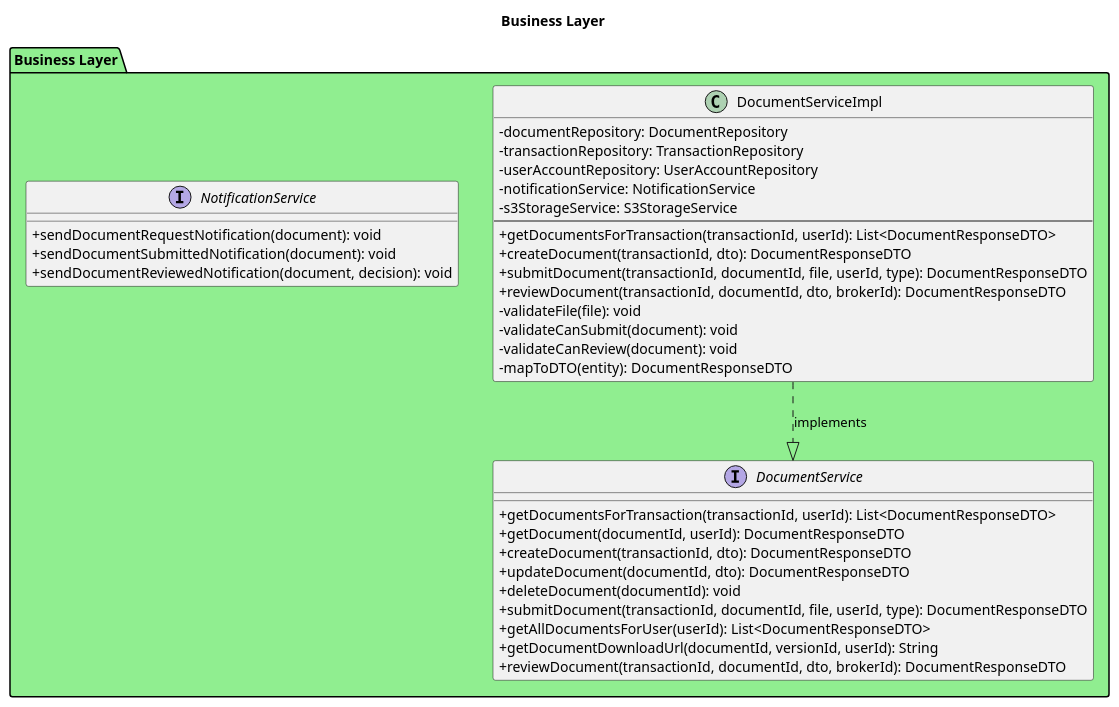
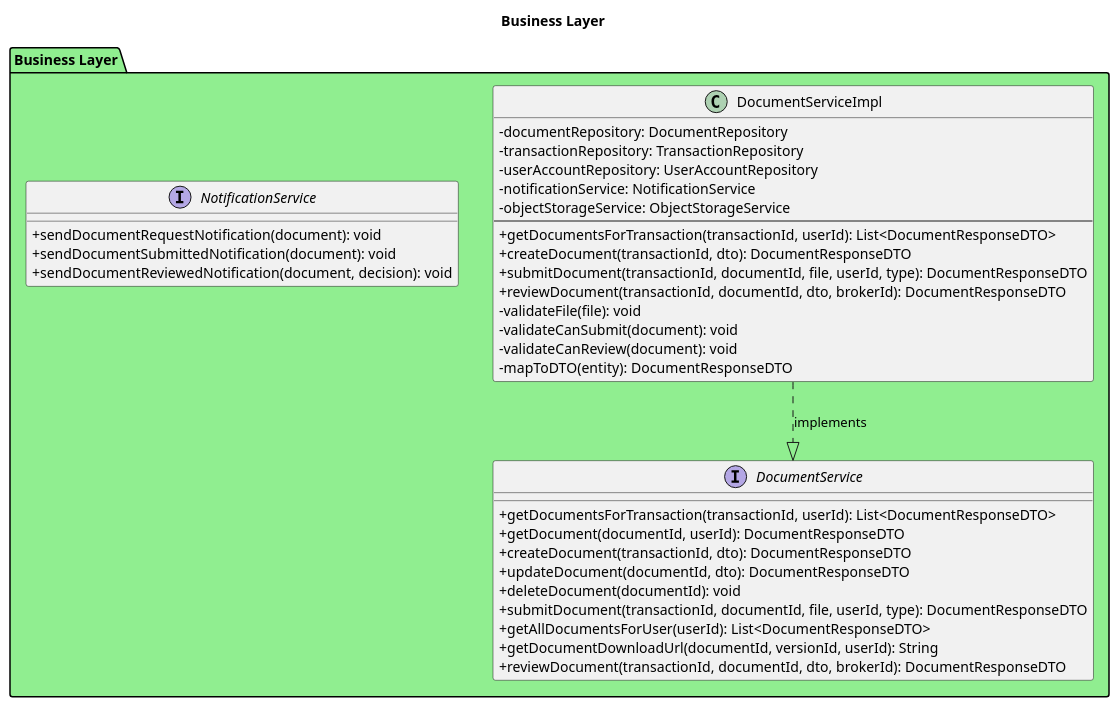
The diagram in docs/PersonalUseCase/Shawn/ManageTransactionDocuments/Artifacts/DesignLevelClassDiagramChunks/BusinessLayer.puml (CourtierPro/CourtierPro), drawn with PlantUML before and after one commit. The commit also changed 23 other files, not shown here.

Commit message:
Rename S3StorageService to ObjectStorageService

```diff
--- a/docs/PersonalUseCase/Shawn/ManageTransactionDocuments/Artifacts/DesignLevelClassDiagramChunks/BusinessLayer.puml
+++ b/docs/PersonalUseCase/Shawn/ManageTransactionDocuments/Artifacts/DesignLevelClassDiagramChunks/BusinessLayer.puml
@@ -1,46 +1,46 @@
     @startuml BusinessLayer
     skinparam classAttributeIconSize 0
 
     title Business Layer
 
     package "Business Layer" #LightGreen {
     interface DocumentService {
         + getDocumentsForTransaction(transactionId, userId): List<DocumentResponseDTO>
         + getDocument(documentId, userId): DocumentResponseDTO
         + createDocument(transactionId, dto): DocumentResponseDTO
         + updateDocument(documentId, dto): DocumentResponseDTO
         + deleteDocument(documentId): void
         + submitDocument(transactionId, documentId, file, userId, type): DocumentResponseDTO
         + getAllDocumentsForUser(userId): List<DocumentResponseDTO>
         + getDocumentDownloadUrl(documentId, versionId, userId): String
         + reviewDocument(transactionId, documentId, dto, brokerId): DocumentResponseDTO
     }
     
     class DocumentServiceImpl {
         - documentRepository: DocumentRepository
         - transactionRepository: TransactionRepository
         - userAccountRepository: UserAccountRepository
         - notificationService: NotificationService
-        - s3StorageService: S3StorageService
+        - objectStorageService: ObjectStorageService
         --
         + getDocumentsForTransaction(transactionId, userId): List<DocumentResponseDTO>
         + createDocument(transactionId, dto): DocumentResponseDTO
         + submitDocument(transactionId, documentId, file, userId, type): DocumentResponseDTO
         + reviewDocument(transactionId, documentId, dto, brokerId): DocumentResponseDTO
         - validateFile(file): void
         - validateCanSubmit(document): void
         - validateCanReview(document): void
         - mapToDTO(entity): DocumentResponseDTO
     }
     
     interface NotificationService {
         + sendDocumentRequestNotification(document): void
         + sendDocumentSubmittedNotification(document): void
         + sendDocumentReviewedNotification(document, decision): void
     }
     
     ' Intra-package relationships
     DocumentServiceImpl ..|> DocumentService : implements
     }
 
     @enduml
```
